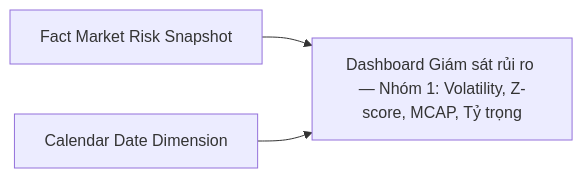
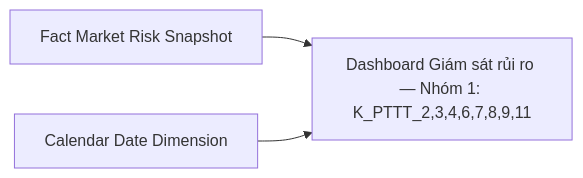
One commit to linhlvit/ubck_atomic_design changed diagram 13 of 54 in Datamart/hld/DTM_PTTT_HLD.md. Above: the diagram before and after it, drawn with Mermaid. The commit also changed other lines of this file and 5 other files, not shown here.

````diff
--- a/Datamart/hld/DTM_PTTT_HLD.md
+++ b/Datamart/hld/DTM_PTTT_HLD.md
@@ -477,5 +498,5 @@
 ```mermaid
 flowchart LR
-    fct_mkt_rsk_snpst["Fact Market Risk Snapshot"] --> rpt_nh1_giam_sat["Dashboard Giám sát rủi ro — Nhóm 1: Volatility, Z-score, MCAP, Tỷ trọng"]
+    fct_mkt_rsk_snpst["Fact Market Risk Snapshot"] --> rpt_nh1_giam_sat["Dashboard Giám sát rủi ro — Nhóm 1: K_PTTT_2,3,4,6,7,8,9,11"]
     cdr_dt_dim["Calendar Date Dimension"] --> rpt_nh1_giam_sat
 ```
````
